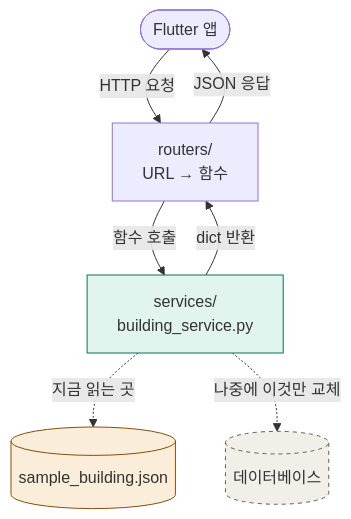
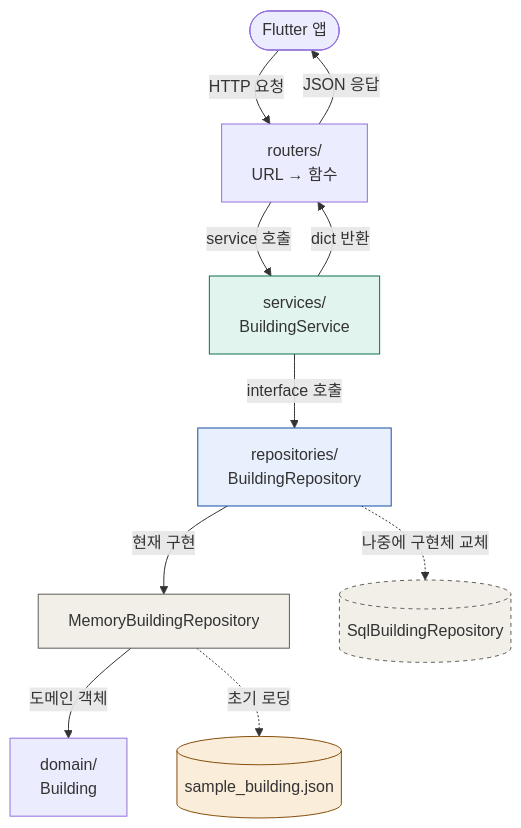
The second of 2 diagrams in issues/milestone-01-setup/M1-002-backend-fastapi-scaffold.md (Routex-labs/Navigation), drawn with Mermaid before and after one commit. The commit also changed other lines of this file and 12 other files, not shown here.

````diff
--- a/issues/milestone-01-setup/M1-002-backend-fastapi-scaffold.md
+++ b/issues/milestone-01-setup/M1-002-backend-fastapi-scaffold.md
@@ -461,14 +662,19 @@
 ```mermaid
 flowchart TD
     C([Flutter 앱]) -->|HTTP 요청| R[routers/<br/>URL → 함수]
-    R -->|함수 호출| S[services/<br/>building_service.py]
+    R -->|service 호출| S[services/<br/>BuildingService]
+    S -->|interface 호출| I[repositories/<br/>BuildingRepository]
+    I -->|현재 구현| M[MemoryBuildingRepository]
+    M -->|도메인 객체| D[domain/<br/>Building]
     S -->|dict 반환| R
     R -->|JSON 응답| C
 
-    S -. 지금 읽는 곳 .-> J[(sample_building.json)]
-    S -. 나중에 이것만 교체 .-> DB[(데이터베이스)]
+    M -. 초기 로딩 .-> J[(sample_building.json)]
+    I -. 나중에 구현체 교체 .-> DB[(SqlBuildingRepository)]
 
     style S fill:#E1F5EE,stroke:#0F6E56
+    style I fill:#E8F0FE,stroke:#174EA6
+    style M fill:#F1EFE8,stroke:#5F5E5A
     style J fill:#FAEEDA,stroke:#854F0B
     style DB fill:#F1EFE8,stroke:#5F5E5A,stroke-dasharray:4
 ```
````
